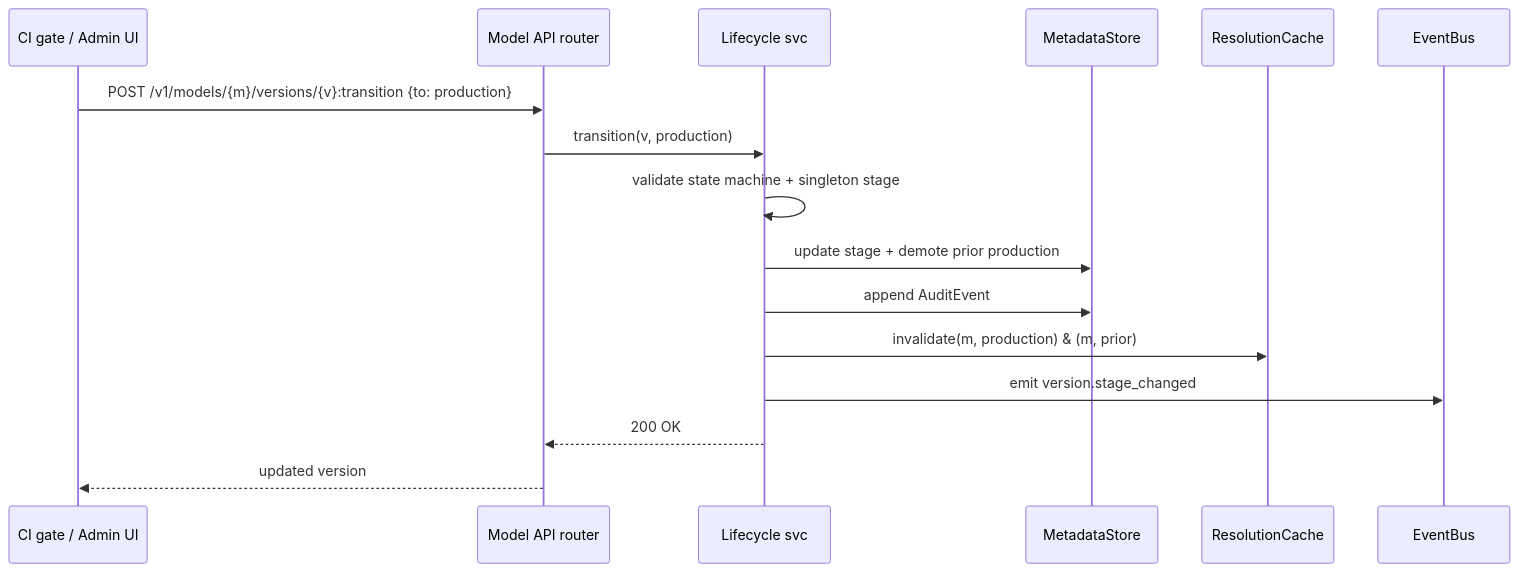
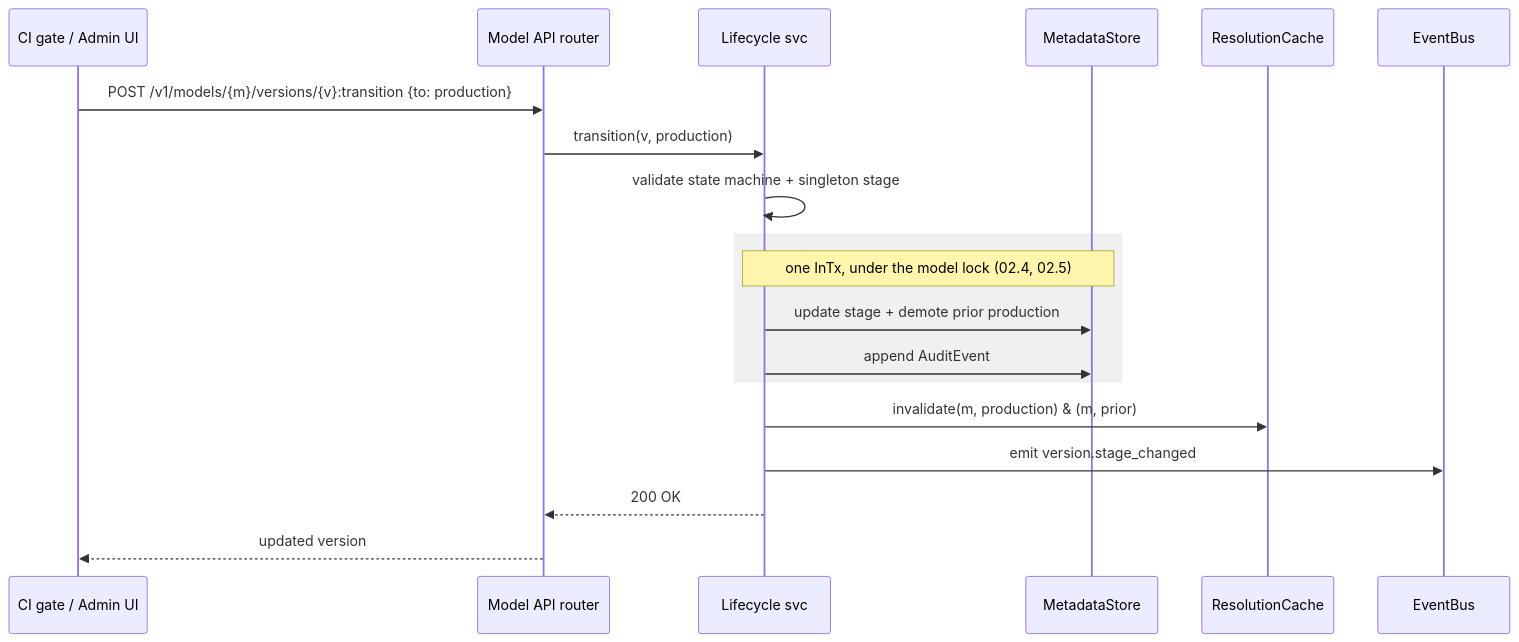
Before and after one commit to proseria-research/lineage: the fourth of 5 diagrams in docs/01-architecture-overview.md, drawn with Mermaid. The commit also changed other lines of this file and 5 other files, not shown here.

````diff
--- a/docs/01-architecture-overview.md
+++ b/docs/01-architecture-overview.md
@@ -159,19 +162,22 @@
 ```mermaid
 sequenceDiagram
     participant U as CI gate / Admin UI
     participant A as Model API router
     participant L as Lifecycle svc
     participant DB as MetadataStore
     participant C as ResolutionCache
     participant E as EventBus
 
     U->>A: POST /v1/models/{m}/versions/{v}:transition {to: production}
     A->>L: transition(v, production)
     L->>L: validate state machine + singleton stage
-    L->>DB: update stage + demote prior production
-    L->>DB: append AuditEvent
+    rect rgba(128, 128, 128, 0.12)
+        Note over L,DB: one InTx, under the model lock (02.4, 02.5)
+        L->>DB: update stage + demote prior production
+        L->>DB: append AuditEvent
+    end
     L->>C: invalidate(m, production) & (m, prior)
     L->>E: emit version.stage_changed
     L-->>A: 200 OK
     A-->>U: updated version
 ```
````
